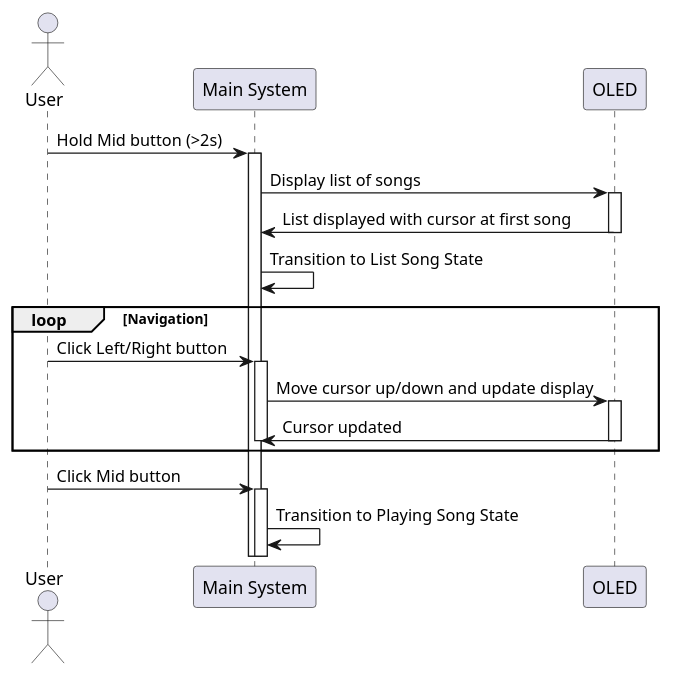
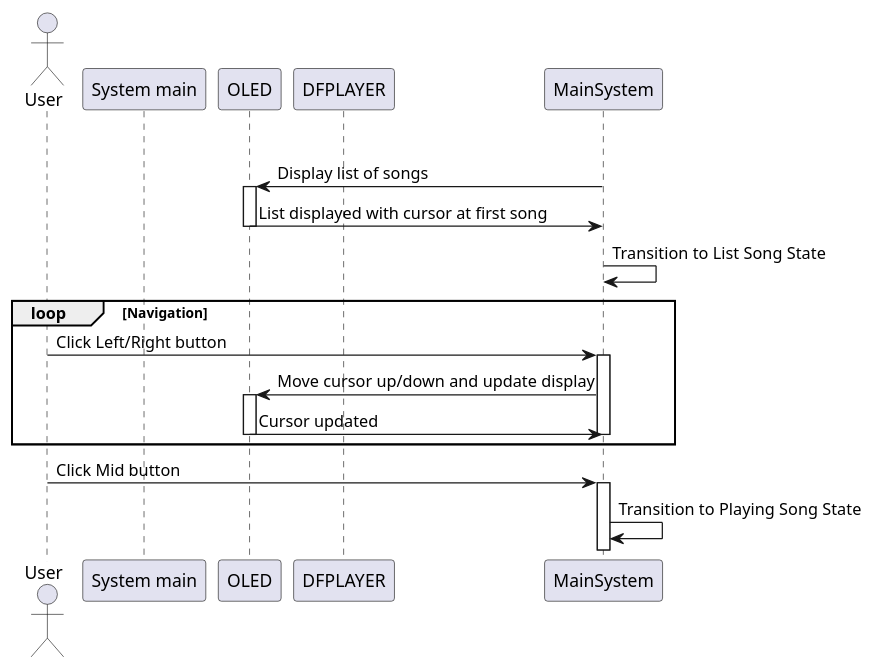
Before and after one commit to toannguyentien-itr-intern/MP3_Player: the diagram in Documents/Seqence_diagram/3_system_list_song_screen.wsd, drawn with PlantUML.

Commit message:
Update: Add a group about interact with oled

```diff
--- a/Documents/Seqence_diagram/3_system_list_song_screen.wsd
+++ b/Documents/Seqence_diagram/3_system_list_song_screen.wsd
@@ -1,30 +1,29 @@
-@startuml
+@startuml system_list_song_screen
 actor User
-participant "Main System" as MainSystem
+participant "System main"   as    System_main
 participant OLED
+participant DFPLAYER
 
-User -> MainSystem: Hold Mid button (>2s)
-activate MainSystem
-
+group interact with OLED
 MainSystem -> OLED: Display list of songs
 activate OLED
 OLED -> MainSystem: List displayed with cursor at first song
 deactivate OLED
 
 MainSystem -> MainSystem: Transition to List Song State
 
 loop Navigation
     User -> MainSystem: Click Left/Right button
     activate MainSystem
     MainSystem -> OLED: Move cursor up/down and update display
     activate OLED
     OLED -> MainSystem: Cursor updated
     deactivate OLED
     deactivate MainSystem
 end
 
 User -> MainSystem: Click Mid button
 activate MainSystem
 
 MainSystem -> MainSystem: Transition to Playing Song State
 @enduml
```
